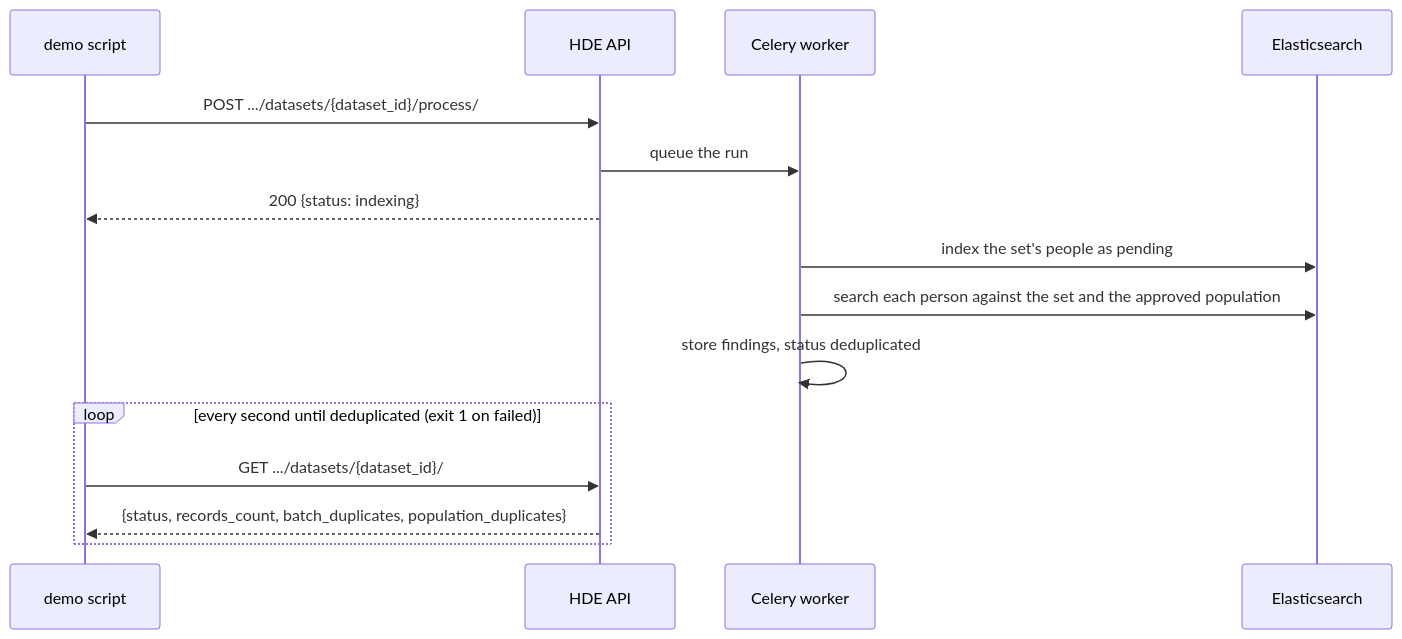
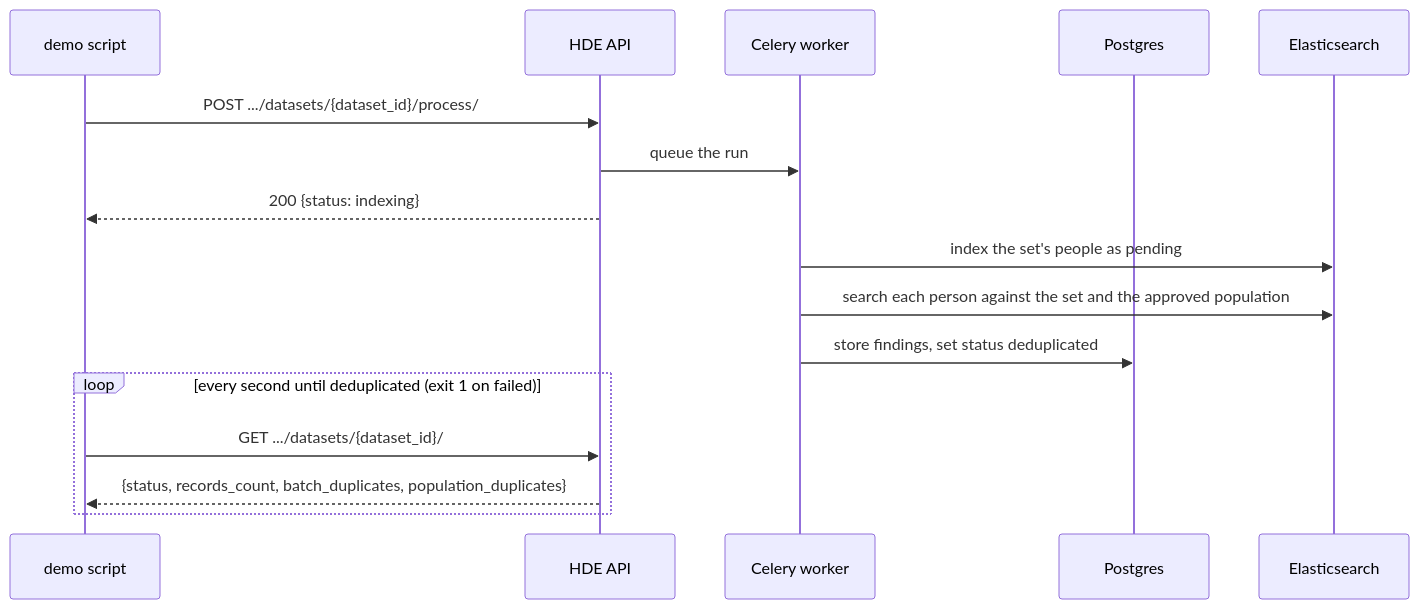
One commit to unicef/hope-dedup-engine changed the fourth of 7 diagrams in docs/src/biographic/development/demo.md. Above: the diagram before and after it, drawn with Mermaid. The commit also changed other lines of this file and 24 other files, not shown here.

````diff
--- a/docs/src/biographic/development/demo.md
+++ b/docs/src/biographic/development/demo.md
@@ -115,17 +129,18 @@
 ```mermaid
 sequenceDiagram
     participant S as demo script
     participant API as HDE API
     participant W as Celery worker
+    participant DB as Postgres
     participant ES as Elasticsearch
     S->>API: POST .../datasets/{dataset_id}/process/
     API->>W: queue the run
     API-->>S: 200 {status: indexing}
     W->>ES: index the set's people as pending
     W->>ES: search each person against the set and the approved population
-    W->>W: store findings, status deduplicated
+    W->>DB: store findings, set status deduplicated
     loop every second until deduplicated (exit 1 on failed)
         S->>API: GET .../datasets/{dataset_id}/
         API-->>S: {status, records_count, batch_duplicates, population_duplicates}
     end
 ```
````
